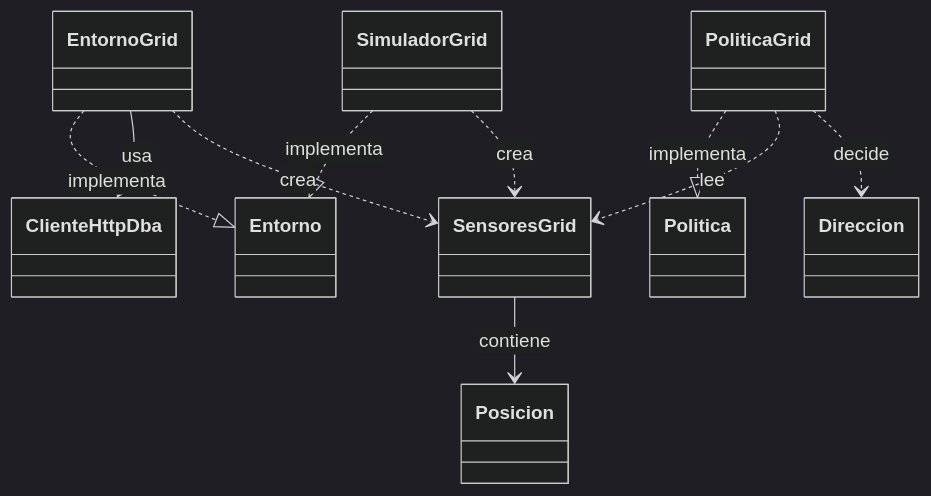
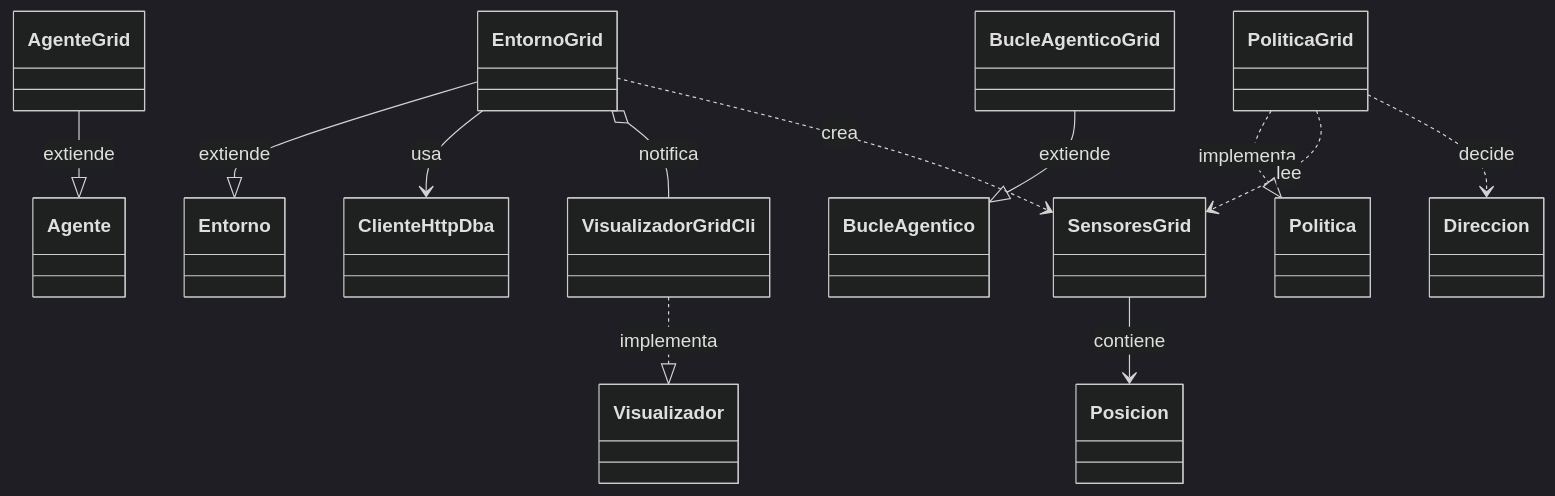
The third of 3 diagrams in README.md (leemon22/DBApractica2), drawn with Mermaid (dark theme) before and after one commit. The commit also changed other lines of this file and 11 other files, not shown here.

Commit message:
feat(grid): conectar entorno y agente grid con dba lab y desacoplar visualizador cli

````diff
--- a/README.md
+++ b/README.md
@@ -286,12 +288,14 @@
 ```mermaid
 classDiagram
-    EntornoGrid ..|> Entorno : implementa
-    SimuladorGrid ..|> Entorno : implementa
+    EntornoGrid --|> Entorno : extiende
     PoliticaGrid ..|> Politica : implementa
+    VisualizadorGridCli ..|> Visualizador : implementa
+    AgenteGrid --|> Agente : extiende
+    BucleAgenticoGrid --|> BucleAgentico : extiende
     EntornoGrid --> ClienteHttpDba : usa
+    EntornoGrid o-- VisualizadorGridCli : notifica
     EntornoGrid ..> SensoresGrid : crea
-    SimuladorGrid ..> SensoresGrid : crea
     SensoresGrid --> Posicion : contiene
     PoliticaGrid ..> SensoresGrid : lee
     PoliticaGrid ..> Direccion : decide
 ```
````
